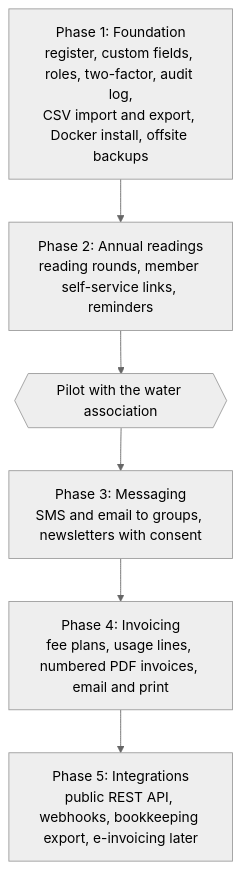
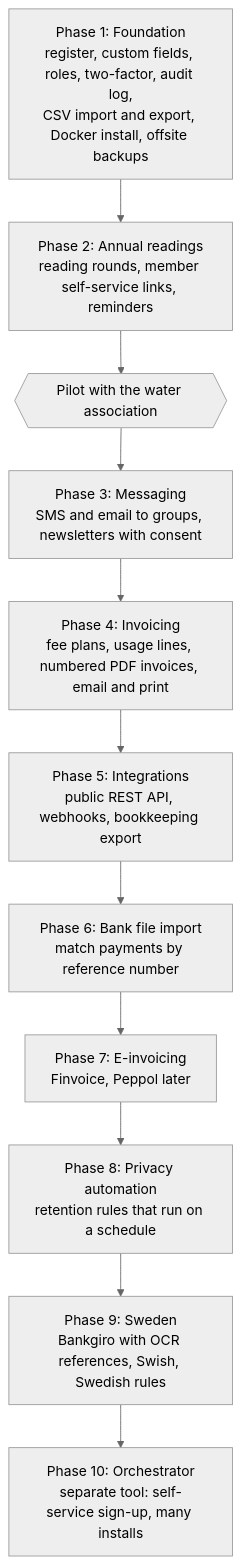
The second of 2 diagrams in docs/architecture.md (savv3/Metra), drawn with Mermaid (neutral theme) before and after one commit. The commit also changed other lines of this file, not shown here.

First line of the commit message:
Add phases 6 to 10 to the roadmap, including the orchestrator

````diff
--- a/docs/architecture.md
+++ b/docs/architecture.md
@@ -155,10 +155,15 @@
 ```mermaid
 flowchart TD
     p1[Phase 1: Foundation<br/>register, custom fields, roles, two-factor, audit log,<br/>CSV import and export, Docker install, offsite backups]
     p2[Phase 2: Annual readings<br/>reading rounds, member self-service links, reminders]
     gate{{Pilot with the water association}}
     p3[Phase 3: Messaging<br/>SMS and email to groups, newsletters with consent]
     p4[Phase 4: Invoicing<br/>fee plans, usage lines, numbered PDF invoices, email and print]
-    p5[Phase 5: Integrations<br/>public REST API, webhooks, bookkeeping export, e-invoicing later]
-    p1 --> p2 --> gate --> p3 --> p4 --> p5
+    p5[Phase 5: Integrations<br/>public REST API, webhooks, bookkeeping export]
+    p6[Phase 6: Bank file import<br/>match payments by reference number]
+    p7[Phase 7: E-invoicing<br/>Finvoice, Peppol later]
+    p8[Phase 8: Privacy automation<br/>retention rules that run on a schedule]
+    p9[Phase 9: Sweden<br/>Bankgiro with OCR references, Swish, Swedish rules]
+    p10[Phase 10: Orchestrator<br/>separate tool: self-service sign-up, many installs]
+    p1 --> p2 --> gate --> p3 --> p4 --> p5 --> p6 --> p7 --> p8 --> p9 --> p10
 ```
````
